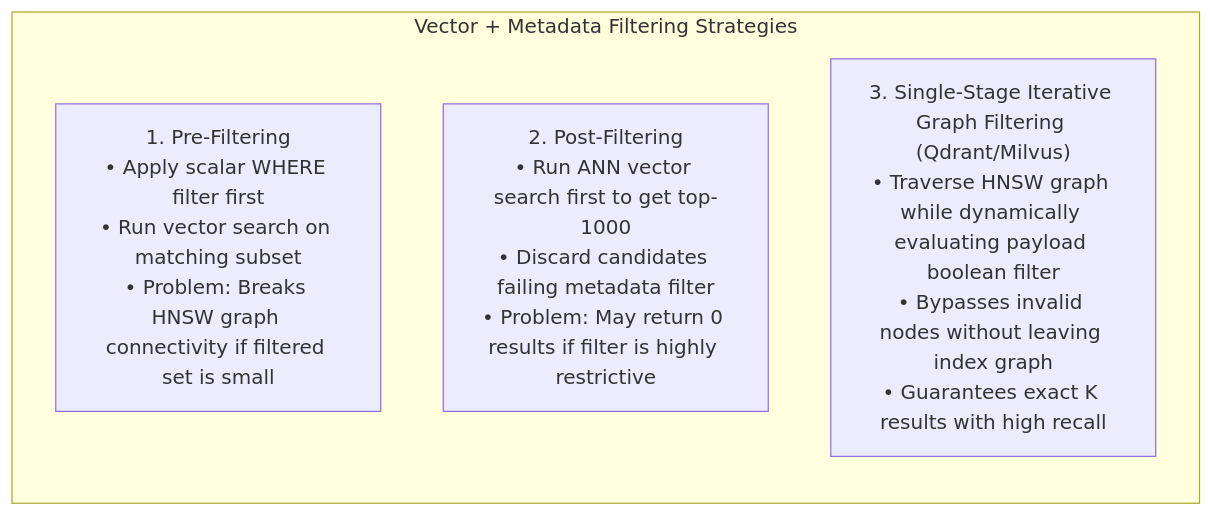
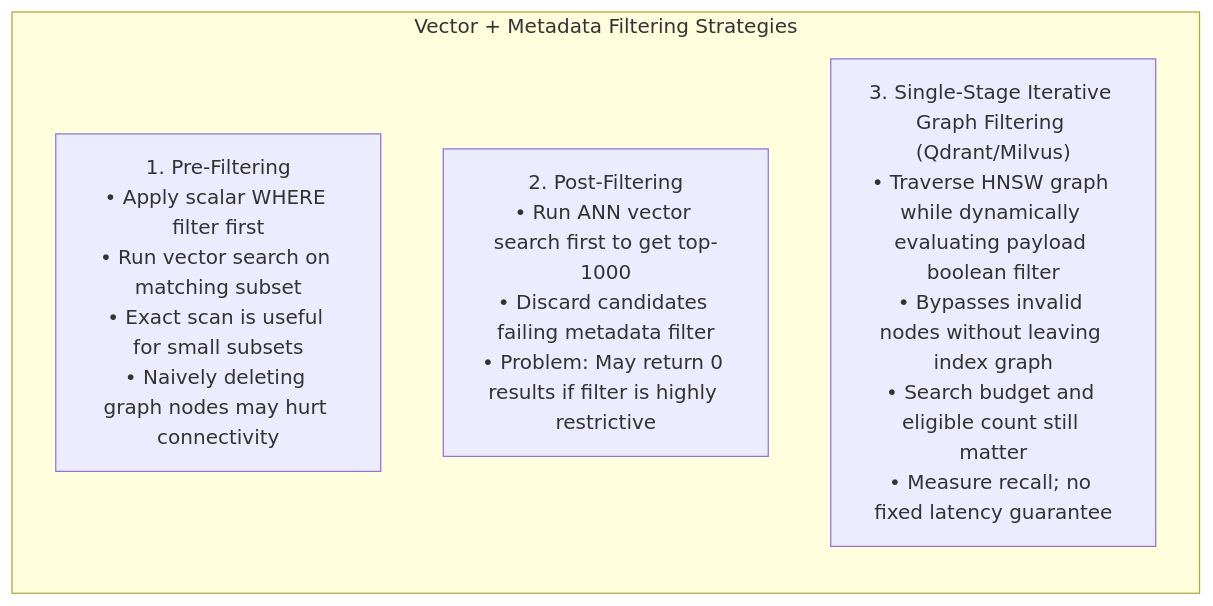
One commit to Prem-Duvvapu/cs-fundamentals-with-ui changed the sixth of 6 diagrams in content/aiml/01-embeddings-vector-db.md. Above: the diagram before and after it, drawn with Mermaid. The commit also changed other lines of this file and 51 other files, not shown here.

````diff
--- a/content/aiml/01-embeddings-vector-db.md
+++ b/content/aiml/01-embeddings-vector-db.md
@@ -300,9 +303,9 @@
 ```mermaid
 flowchart TD
     subgraph Strategies["Vector + Metadata Filtering Strategies"]
         direction TB
-        Pre["1. Pre-Filtering<br/>• Apply scalar WHERE filter first<br/>• Run vector search on matching subset<br/>• Problem: Breaks HNSW graph connectivity if filtered set is small"]
+        Pre["1. Pre-Filtering<br/>• Apply scalar WHERE filter first<br/>• Run vector search on matching subset<br/>• Exact scan is useful for small subsets<br/>• Naively deleting graph nodes may hurt connectivity"]
         Post["2. Post-Filtering<br/>• Run ANN vector search first to get top-1000<br/>• Discard candidates failing metadata filter<br/>• Problem: May return 0 results if filter is highly restrictive"]
-        Iter["3. Single-Stage Iterative Graph Filtering (Qdrant/Milvus)<br/>• Traverse HNSW graph while dynamically evaluating payload boolean filter<br/>• Bypasses invalid nodes without leaving index graph<br/>• Guarantees exact K results with high recall"]
+        Iter["3. Single-Stage Iterative Graph Filtering (Qdrant/Milvus)<br/>• Traverse HNSW graph while dynamically evaluating payload boolean filter<br/>• Bypasses invalid nodes without leaving index graph<br/>• Search budget and eligible count still matter<br/>• Measure recall; no fixed latency guarantee"]
     end
 ```
````
